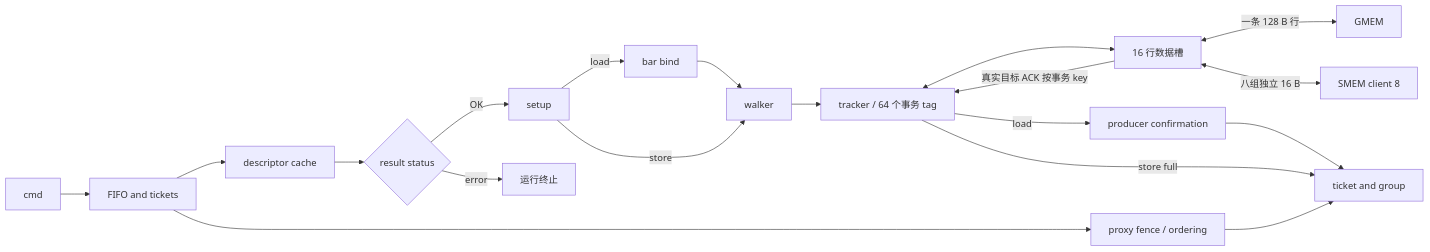
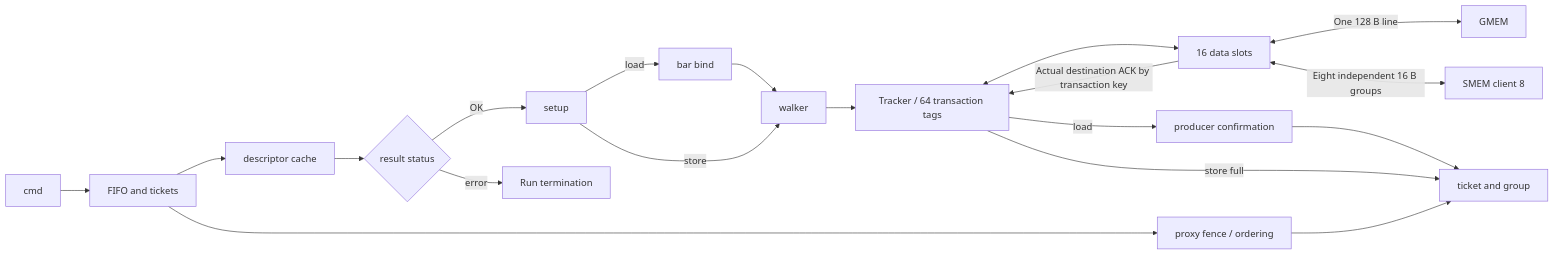
One commit to yuhin777/Allegro changed the diagram in doc/rtl_specs/tma/blackwell_tma_unit.md. Above: the diagram before and after it, drawn with Mermaid. The commit also changed other lines of this file and 45 other files, not shown here.

````diff
--- a/doc/rtl_specs/tma/blackwell_tma_unit.md
+++ b/doc/rtl_specs/tma/blackwell_tma_unit.md
@@ -19,22 +19,22 @@
 ```mermaid
 flowchart LR
   I[cmd] --> Q[FIFO and tickets]
   Q --> C[descriptor cache]
   C --> G{result status}
   G -->|OK| S[setup]
-  G -->|error| XFAULT[运行终止]
+  G -->|error| XFAULT["Run termination"]
   F[ticket and group]
   S -->|load| B[bar bind]
   B --> W[walker]
   S -->|store| W
-  W --> T[tracker / 64 个事务 tag]
-  T <--> D[16 行数据槽]
-  D <-->|一条 128 B 行| GM[GMEM]
-  D <-->|八组独立 16 B| SM[SMEM client 8]
-  D -->|真实目标 ACK 按事务 key| T
+  W --> T["Tracker / 64 transaction tags"]
+  T <--> D["16 data slots"]
+  D <-->|One 128 B line| GM[GMEM]
+  D <-->|Eight independent 16 B groups| SM[SMEM client 8]
+  D -->|Actual destination ACK by transaction key| T
   T -->|load| P[producer confirmation]
   P --> F
   T -->|store full| F
   Q --> X[proxy fence / ordering]
   X --> F
 ```
````
